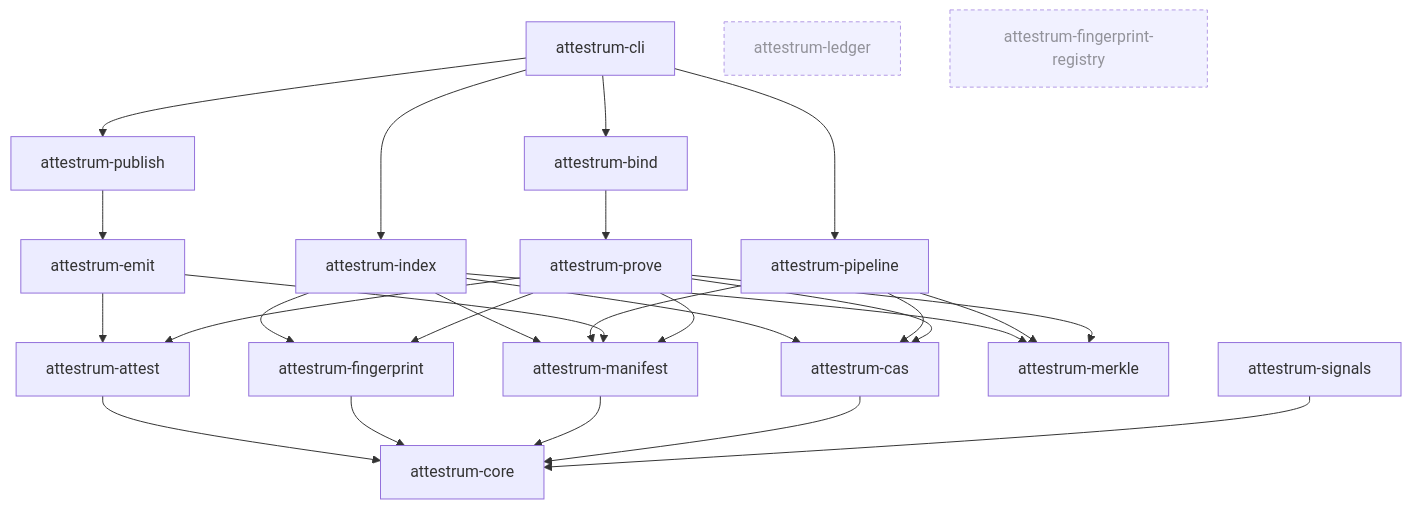
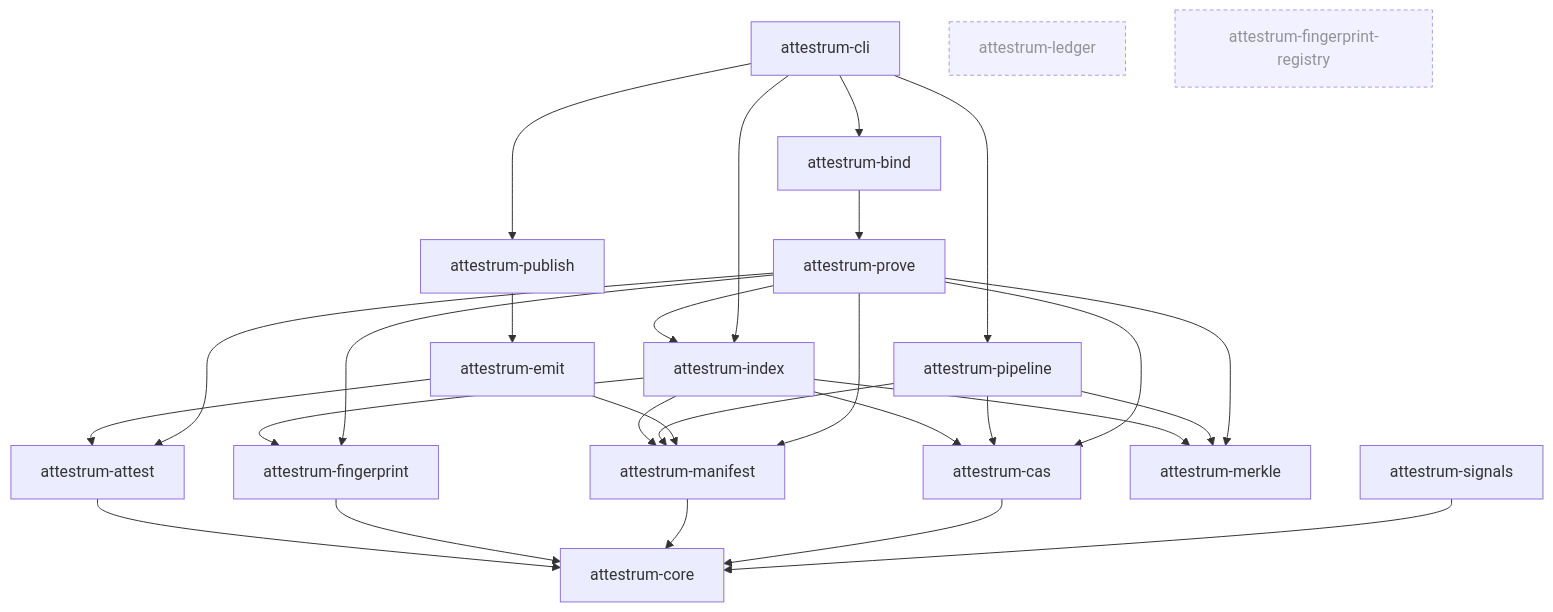
The diagram in docs/diagrams/overview/crate-deps.md (Attestrum/Attestrum), drawn with Mermaid before and after one commit. The commit also changed other lines of this file and 18 other files, not shown here.

````diff
--- a/docs/diagrams/overview/crate-deps.md
+++ b/docs/diagrams/overview/crate-deps.md
@@ -17,39 +17,40 @@
 ```mermaid
 flowchart TD
   CLI[attestrum-cli] --> BD[attestrum-bind]
   CLI --> P[attestrum-pipeline]
   CLI --> PB[attestrum-publish]
 
   BD --> PV[attestrum-prove]
   PB --> EM[attestrum-emit]
 
   PV --> AT[attestrum-attest]
   PV --> CAS[attestrum-cas]
   PV --> FP[attestrum-fingerprint]
   PV --> M[attestrum-manifest]
   PV --> MK[attestrum-merkle]
 
   EM --> AT
   EM --> M
 
   P --> CAS
   P --> M
   P --> MK
 
   CLI --> IX[attestrum-index]
+  PV --> IX
   IX --> FP
   IX --> CAS
   IX --> M
   IX --> MK
 
   S[attestrum-signals] --> C[attestrum-core]
   CAS --> C
   M --> C
   FP --> C
   AT --> C
 
   L[attestrum-ledger]:::unwired
   FR[attestrum-fingerprint-registry]:::unwired
 
   classDef unwired stroke-dasharray: 4 3,opacity:0.7
 ```
````
